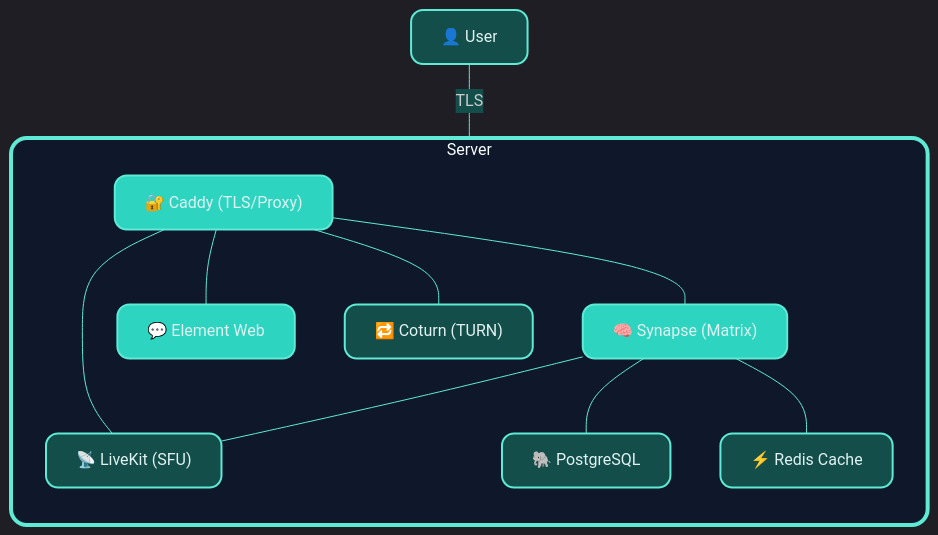
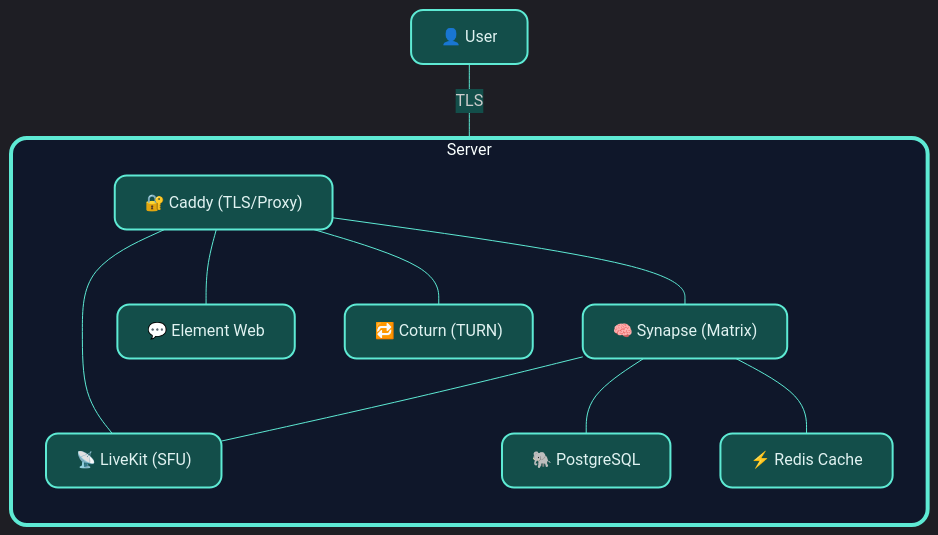
One commit to nordwestt/matrix-easy-deploy-kit changed the diagram in README.md. Above: the diagram before and after it, drawn with Mermaid.

Commit message:
Improve readability of diagram

````diff
--- a/README.md
+++ b/README.md
@@ -23,31 +23,30 @@
 ```mermaid
 %%{init: {'theme': 'dark', 'themeVariables': { 'primaryColor': '#2dd4bf', 'edgeLabelBackground':'#134e4a', 'nodeTextColor':'#e0f2f1', 'fontFamily':'Inter', 'nodeBorderRadius':'12px', 'clusterBorderRadius':'16px', 'secondaryColor':'#5eead4', 'tertiaryColor':'#99f6e4', 'lineColor':'#5eead4'}}}%%
 flowchart TD
     subgraph Server["Server"]
         direction TB
         Caddy["🔐 Caddy (TLS/Proxy)"]
         Element["💬 Element Web"]
         Synapse["🧠 Synapse (Matrix)"]
         PostgreSQL["🐘 PostgreSQL"]
         Redis["⚡ Redis Cache"]
         Coturn["🔁 Coturn (TURN)"]
         LiveKit["📡 LiveKit (SFU)"]
     end
     User["👤 User"]
     User ---|TLS| Caddy
     Caddy --- Synapse
     Caddy --- Element
     Caddy --- LiveKit
     Caddy --- Coturn
     Synapse --- PostgreSQL
     Synapse --- Redis
     Synapse --- LiveKit
     classDef teal fill:#2dd4bf,stroke:#5eead4,stroke-width:2px,color:#e0f2f1,rx:12px;
     classDef mint fill:#134e4a,stroke:#5eead4,stroke-width:2px,color:#e0f2f1,rx:12px;
-    class Caddy,Synapse,Element teal;
-    class PostgreSQL,Redis,LiveKit,Coturn mint;
+    class Caddy,Synapse,Element,PostgreSQL,Redis,LiveKit,Coturn mint;
     class User mint;
     style Server stroke:#5eead4,stroke-width:4px,rx:16px,fill:#0f172a;
     style User stroke:#5eead4,stroke-width:2px,rx:12px;
 
 ```
````
